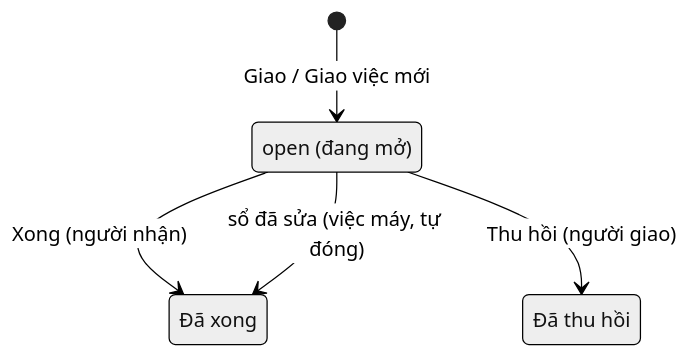
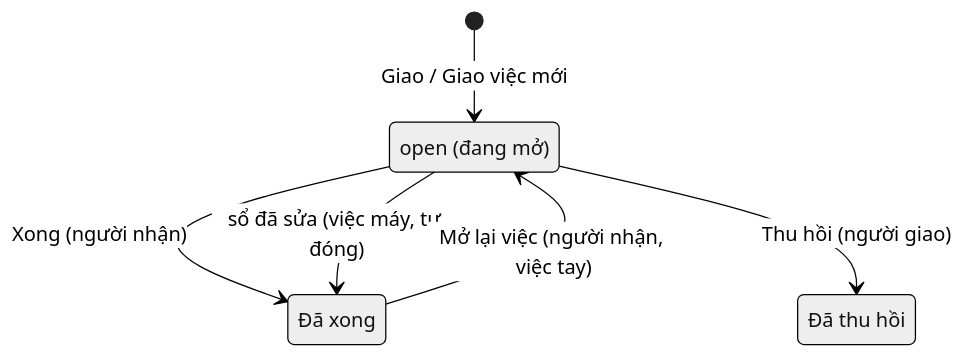
Before and after one commit to hoainxm/baseafood: the second of 5 diagrams in docs/workflows/overview.md, drawn with Mermaid (neutral theme). The commit also changed other lines of this file and 8 other files, not shown here.

First line of the commit message:
feat(my-tasks): mở lại việc giao tay đã báo Xong nhầm

````diff
--- a/docs/workflows/overview.md
+++ b/docs/workflows/overview.md
@@ -41,10 +41,11 @@
 ```mermaid
 stateDiagram-v2
   [*] --> open: Giao / Giao việc mới
   open --> done: Xong (người nhận)
   open --> done: sổ đã sửa (việc máy, tự đóng)
   open --> cancelled: Thu hồi (người giao)
+  done --> open: Mở lại việc (người nhận, việc tay)
   state "open (đang mở)" as open
   state "Đã xong" as done
   state "Đã thu hồi" as cancelled
 ```
````
